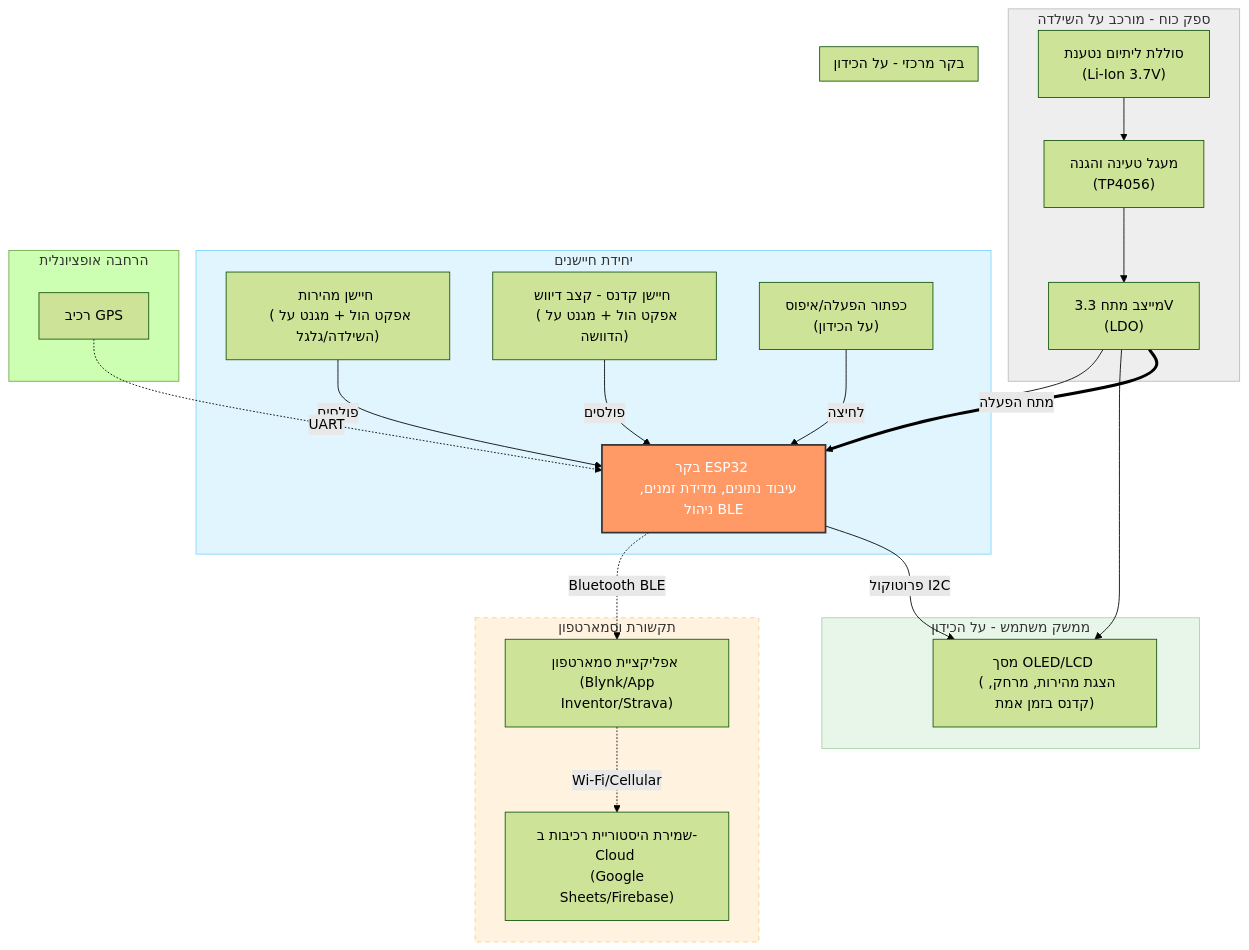
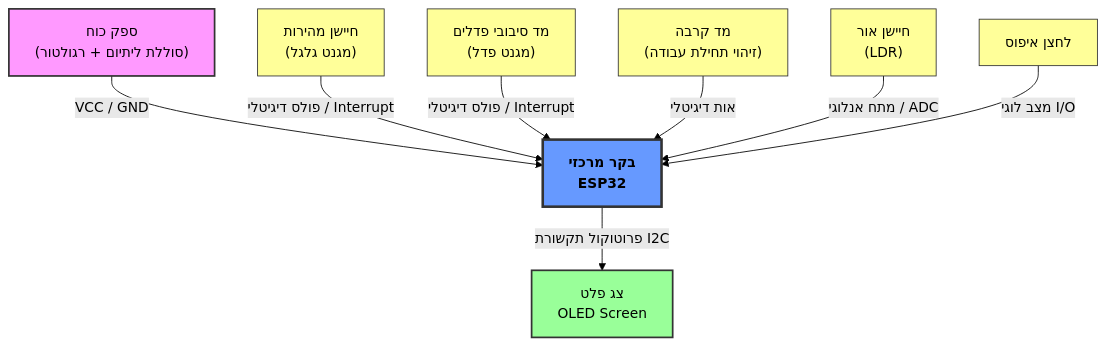
The diagram in README.md (nirblade/bacicle_computer), drawn with Mermaid (forest theme) before and after one commit.

````diff
--- a/README.md
+++ b/README.md
@@ -3,48 +3,41 @@
 ```mermaid
 graph TD
-    %% --- ספק כוח ---
-    subgraph Power_Supply ["ספק כוח - מורכב על השילדה"]
-        Battery["סוללת ליתיום נטענת <br/> (Li-Ion 3.7V)"] --> BMS["מעגל טעינה והגנה <br/> (TP4056)"]
-        BMS --> Regulator["מייצב מתח 3.3V <br/> (LDO)"]
-    end
+    %% הגדרת עיצובים ותיבות
+    Power["ספק כוח<br>(סוללת ליתיום + רגולטור)"]
+    ESP32["בקר מרכזי<br>ESP32"]
+    
+    %% רכיבי קלט
+    In_Speed["חיישן מהירות<br>(מגנט גלגל)"]
+    In_Cadence["מד סיבובי פדלים<br>(מגנט פדל)"]
+    In_Proximity["מד קרבה<br>(זיהוי תחילת עבודה)"]
+    In_LDR["חיישן אור<br>(LDR)"]
+    In_Button["לחצן איפוס"]
+    
+    %% רכיבי פלט
+    Out_OLED["צג פלט<br>OLED Screen"]
 
-    Regulator ==>|"מתח הפעלה"| ESP32
-    Regulator --> Sensors
-    Regulator --> Display
+    %% חיבורי מתח מהספק
+    Power -->|VCC / GND| ESP32
 
-    %% --- תשומות / חיישנים ---
-    subgraph Sensors ["יחידת חיישנים"]
-        SpeedSens["חיישן מהירות <br/> (אפקט הול + מגנט על השילדה/גלגל)"] -->|"פולסים"| ESP32
-        CadenceSens["חיישן קדנס - קצב דיווש <br/> (אפקט הול + מגנט על הדוושה)"] -->|"פולסים"| ESP32
-        Button["כפתור הפעלה/איפוס <br/> (על הכידון)"] -->|"לחיצה"| ESP32
-    end
+    %% חיבורי קלט לבקר
+    In_Speed -->|פולס דיגיטלי / Interrupt| ESP32
+    In_Cadence -->|פולס דיגיטלי / Interrupt| ESP32
+    In_Proximity -->|אות דיגיטלי| ESP32
+    In_LDR -->|מתח אנלוגי / ADC| ESP32
+    In_Button -->|מצב לוגי I/O| ESP32
 
-    %% --- עיבוד מרכזי ---
-    subgraph Controller ["בקר מרכזי - על הכידון"]
-        ESP32["בקר ESP32 <br/> עיבוד נתונים, מדידת זמנים, ניהול BLE"]
-    end
+    %% חיבורי פלט מהבקר
+    ESP32 -->|פרוטוקול תקשורת I2C| Out_OLED
 
-    %% --- תפוקות / ממשק ---
-    subgraph Outputs ["ממשק משתמש - על הכידון"]
-        ESP32 -->|"פרוטוקול I2C"| Display["מסך OLED/LCD <br/> (הצגת מהירות, מרחק, קדנס בזמן אמת)"]
-    end
+    %% עיצוב ויזואלי בצבעים
+    classDef power fill:#f9f,stroke:#333,stroke-width:2px;
+    classDef mcu fill:#69f,stroke:#333,stroke-width:3px,font-weight:bold;
+    classDef input fill:#ff9,stroke:#333,stroke-width:1px;
+    classDef output fill:#9f9,stroke:#333,stroke-width:2px;
 
-    %% --- תקשורת חכמה ---
-    subgraph Cloud_App ["תקשורת וסמארטפון"]
-        ESP32 -.->|"Bluetooth BLE"| Smartphone["אפליקציית סמארטפון <br/> (Blynk/App Inventor/Strava)"]
-        Smartphone -.->|"Wi-Fi/Cellular"| Cloud["שמירת היסטוריית רכיבות ב-Cloud <br/> (Google Sheets/Firebase)"]
-    end
-
-    %% אופציה להרחבה
-    subgraph GPS_Option ["הרחבה אופציונלית"]
-        GPS["רכיב GPS"] -.->|"UART"| ESP32
-    end
-
-    %% הגדרות ויזואליות
-    style ESP32 fill:#f96,stroke:#333,stroke-width:2px,color:white
-    style Power_Supply fill:#eee,stroke:#bbb
-    style Sensors fill:#e1f5fe,stroke:#81d4fa
-    style Outputs fill:#e8f5e9,stroke:#a5d6a7
-    style Cloud_App fill:#fff3e0,stroke:#ffcc80,stroke-dasharray: 5 5
+    class Power power;
+    class ESP32 mcu;
+    class In_Speed,In_Cadence,In_Proximity,In_LDR,In_Button input;
+    class Out_OLED output;
 
 ```
````
